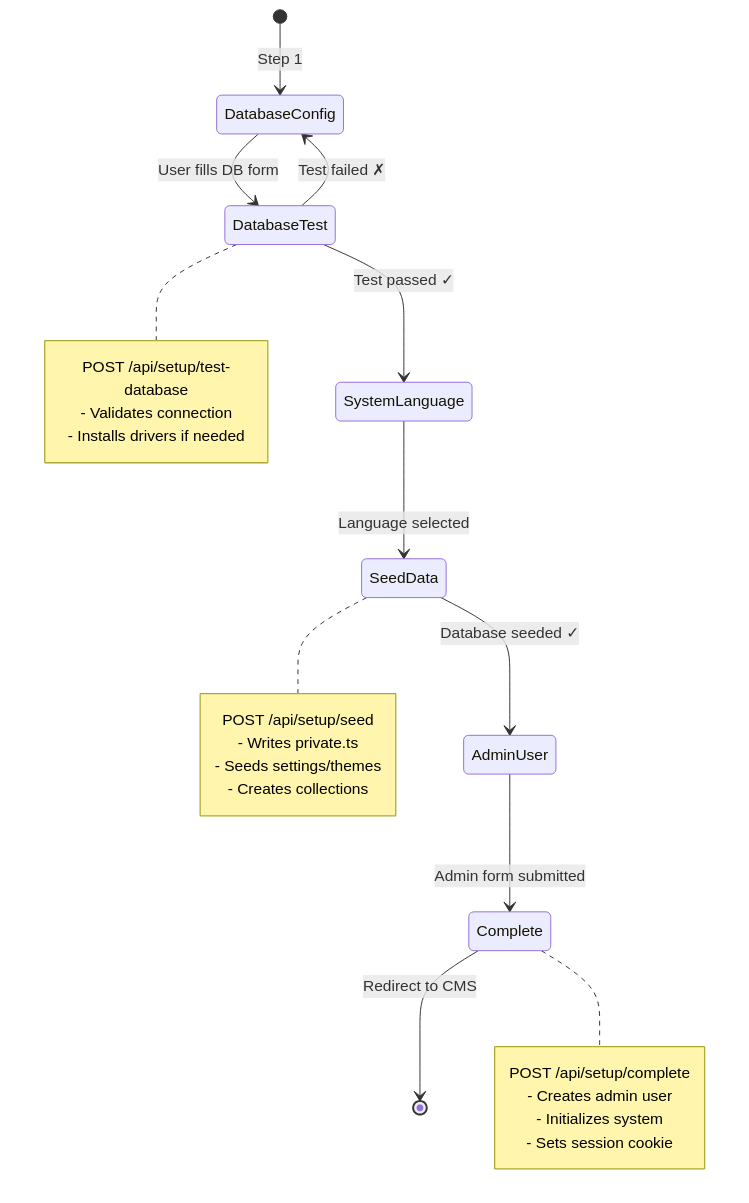
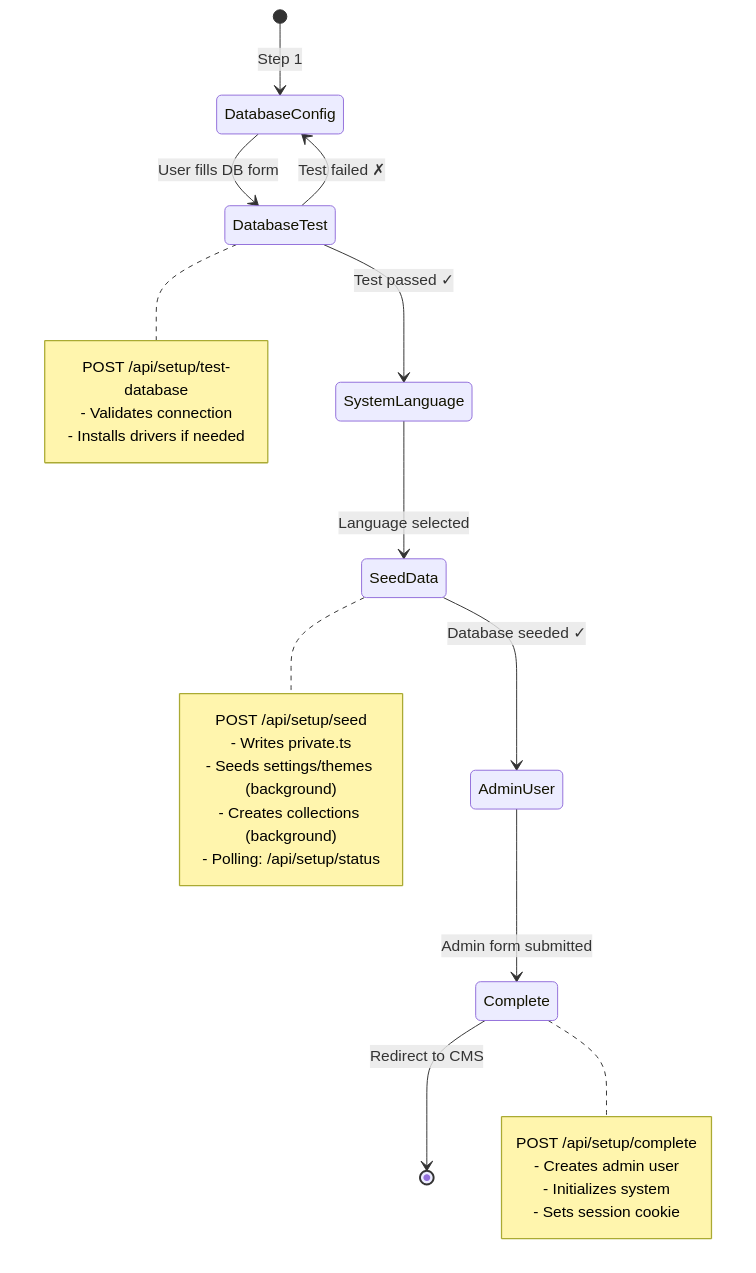
One commit to SveltyCMS/SveltyCMS changed the sixth of 9 diagrams in docs/architecture/initialization-workflow.mdx. Above: the diagram before and after it, drawn with Mermaid. The commit also changed other lines of this file and 29 other files, not shown here.

Commit message:
feat: Refactor setup process with improved state handling, dedicated setup API, and better Vite integration for configuration management.

````diff
--- a/docs/architecture/initialization-workflow.mdx
+++ b/docs/architecture/initialization-workflow.mdx
@@ -714,32 +714,33 @@
 ```mermaid
 stateDiagram-v2
     [*] --> DatabaseConfig: Step 1
     DatabaseConfig --> DatabaseTest: User fills DB form
     DatabaseTest --> SystemLanguage: Test passed ✓
     SystemLanguage --> SeedData: Language selected
     SeedData --> AdminUser: Database seeded ✓
     AdminUser --> Complete: Admin form submitted
     Complete --> [*]: Redirect to CMS
 
     DatabaseTest --> DatabaseConfig: Test failed ✗
 
     note right of DatabaseTest
         POST /api/setup/test-database
         - Validates connection
         - Installs drivers if needed
     end note
 
     note right of SeedData
         POST /api/setup/seed
         - Writes private.ts
-        - Seeds settings/themes
-        - Creates collections
+        - Seeds settings/themes (background)
+        - Creates collections (background)
+        - Polling: /api/setup/status
     end note
 
     note right of Complete
         POST /api/setup/complete
         - Creates admin user
         - Initializes system
         - Sets session cookie
     end note
 ```
````
